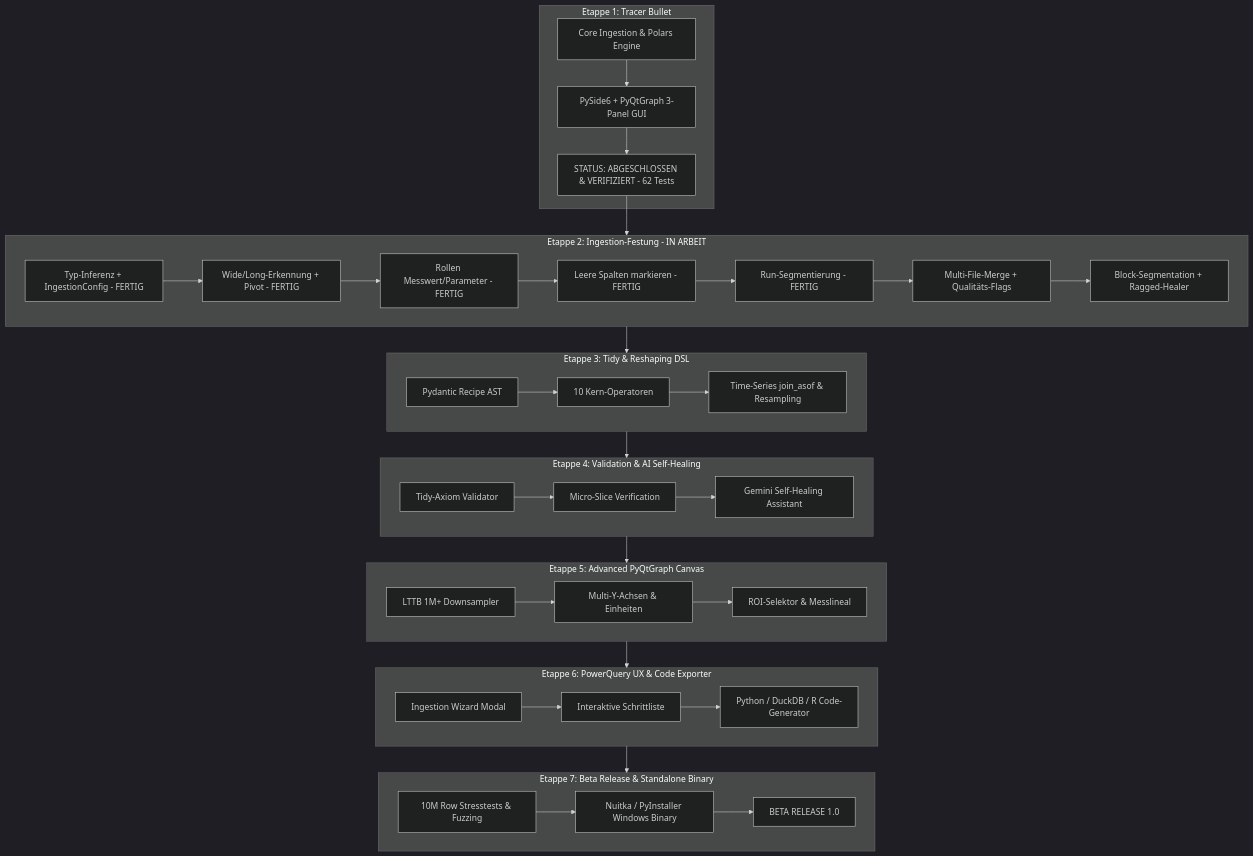
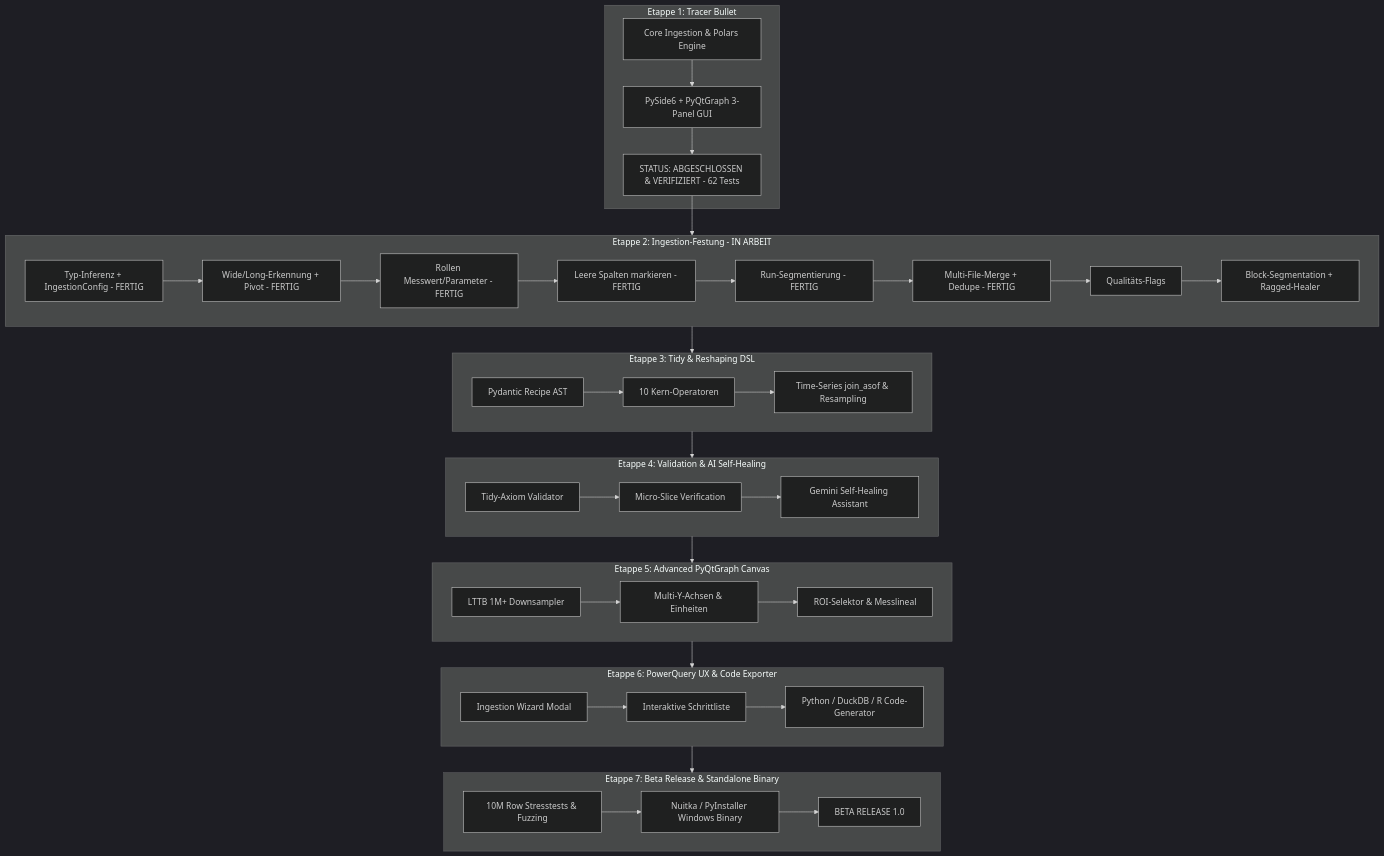
One commit to SeTi100/Datualizer changed the diagram in docs/MASTER_ETAPPEN_PLAN.md. Above: the diagram before and after it, drawn with Mermaid (dark theme). The commit also changed other lines of this file and 13 other files, not shown here.

First line of the commit message:
Multi-File-Merge mit Dedupe: Duplikate und überlappende Snapshots (P2, P3)

````diff
--- a/docs/MASTER_ETAPPEN_PLAN.md
+++ b/docs/MASTER_ETAPPEN_PLAN.md
@@ -23,48 +23,49 @@
 ```mermaid
 flowchart TD
     subgraph E1 [Etappe 1: Tracer Bullet]
         E1_Core[Core Ingestion & Polars Engine] --> E1_GUI[PySide6 + PyQtGraph 3-Panel GUI]
         E1_GUI --> E1_Done[STATUS: ABGESCHLOSSEN & VERIFIZIERT - 62 Tests]
     end
 
     subgraph E2 [Etappe 2: Ingestion-Festung - IN ARBEIT]
         E2_Type[Typ-Inferenz + IngestionConfig - FERTIG] --> E2_Long[Wide/Long-Erkennung + Pivot - FERTIG]
         E2_Long --> E2_Role[Rollen Messwert/Parameter - FERTIG]
         E2_Role --> E2_Empty[Leere Spalten markieren - FERTIG]
         E2_Empty --> E2_Run[Run-Segmentierung - FERTIG]
-        E2_Run --> E2_Merge[Multi-File-Merge + Qualitäts-Flags]
-        E2_Merge --> E2_Block[Block-Segmentation + Ragged-Healer]
+        E2_Run --> E2_Merge[Multi-File-Merge + Dedupe - FERTIG]
+        E2_Merge --> E2_Flags[Qualitäts-Flags]
+        E2_Flags --> E2_Block[Block-Segmentation + Ragged-Healer]
     end
 
     subgraph E3 [Etappe 3: Tidy & Reshaping DSL]
         E3_AST[Pydantic Recipe AST] --> E3_Ops[10 Kern-Operatoren]
         E3_Ops --> E3_Time[Time-Series join_asof & Resampling]
     end
 
     subgraph E4 [Etappe 4: Validation & AI Self-Healing]
         E4_Axiom[Tidy-Axiom Validator] --> E4_Slice[Micro-Slice Verification]
         E4_Slice --> E4_LLM[Gemini Self-Healing Assistant]
     end
 
     subgraph E5 [Etappe 5: Advanced PyQtGraph Canvas]
         E5_LTTB[LTTB 1M+ Downsampler] --> E5_Axes[Multi-Y-Achsen & Einheiten]
         E5_Axes --> E5_Tools[ROI-Selektor & Messlineal]
     end
 
     subgraph E6 [Etappe 6: PowerQuery UX & Code Exporter]
         E6_Wiz[Ingestion Wizard Modal] --> E6_Hist[Interaktive Schrittliste]
         E6_Hist --> E6_Export[Python / DuckDB / R Code-Generator]
     end
 
     subgraph E7 [Etappe 7: Beta Release & Standalone Binary]
         E7_Bench[10M Row Stresstests & Fuzzing] --> E7_Pack[Nuitka / PyInstaller Windows Binary]
         E7_Pack --> E7_Release[BETA RELEASE 1.0]
     end
 
     E1_Done --> E2
     E2 --> E3
     E3 --> E4
     E4 --> E5
     E5 --> E6
     E6 --> E7
 ```
````
